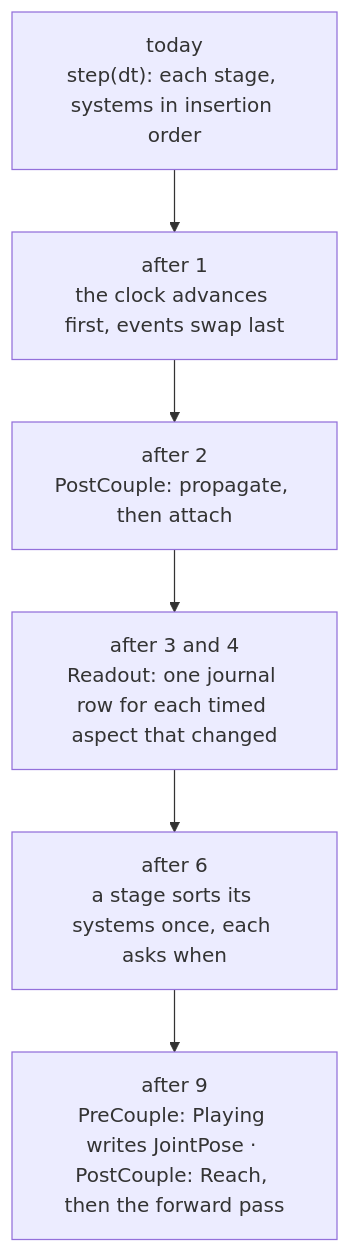
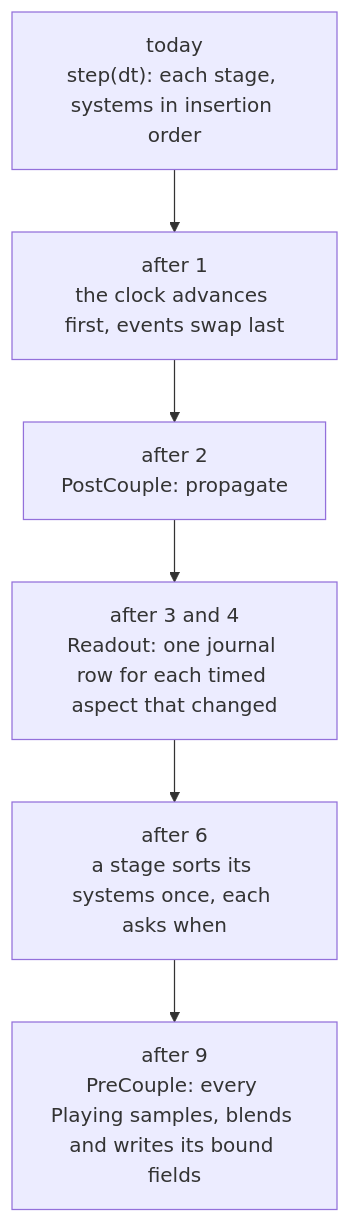
The second of 2 diagrams in crates/phicore/phiecs/PLAN.md (gemphi/phikit), drawn with Mermaid before and after one commit. The commit also changed other lines of this file and 21 other files, not shown here.

````diff
--- a/crates/phicore/phiecs/PLAN.md
+++ b/crates/phicore/phiecs/PLAN.md
@@ -94,10 +118,10 @@
 ```mermaid
 graph TB
     n0["today<br/>step(dt): each stage, systems in insertion order"]
     n1["after 1<br/>the clock advances first, events swap last"]
-    n2["after 2<br/>PostCouple: propagate, then attach"]
+    n2["after 2<br/>PostCouple: propagate"]
     n3["after 3 and 4<br/>Readout: one journal row for each timed aspect that changed"]
     n6["after 6<br/>a stage sorts its systems once, each asks when"]
-    n9["after 9<br/>PreCouple: Playing writes JointPose · PostCouple: Reach, then the forward pass"]
+    n9["after 9<br/>PreCouple: every Playing samples, blends and writes its bound fields"]
     n0 --> n1 --> n2 --> n3 --> n6 --> n9
 ```
````
